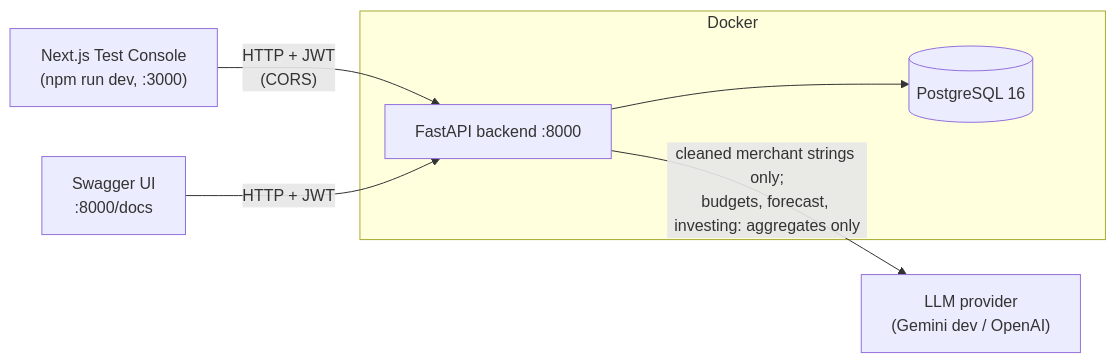
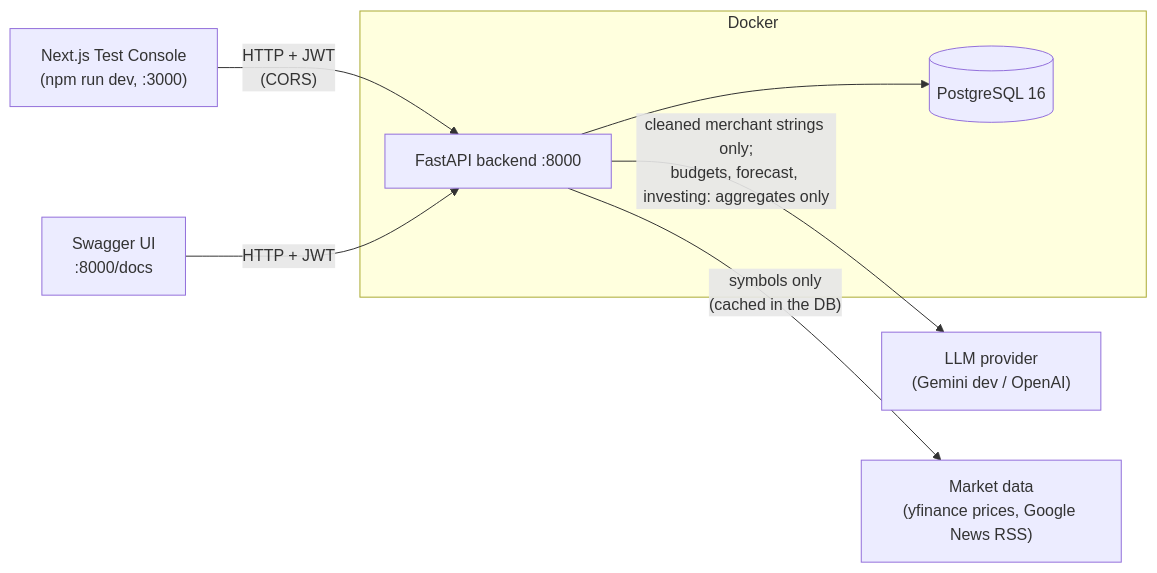
Before and after one commit to Vishesh-1204/CAPSTONE_FINANCE_ADVISOR: the first of 3 diagrams in docs/architecture.md, drawn with Mermaid. The commit also changed other lines of this file and 20 other files, not shown here.

````diff
--- a/docs/architecture.md
+++ b/docs/architecture.md
@@ -15,9 +17,10 @@
 ```mermaid
 flowchart LR
     Browser["Next.js Test Console<br/>(npm run dev, :3000)"] -- "HTTP + JWT<br/>(CORS)" --> API
     Swagger["Swagger UI<br/>:8000/docs"] -- "HTTP + JWT" --> API
     subgraph Docker
         API["FastAPI backend :8000"] --> DB[("PostgreSQL 16")]
     end
     API -- "cleaned merchant strings only;<br/>budgets, forecast, investing: aggregates only" --> LLM["LLM provider<br/>(Gemini dev / OpenAI)"]
+    API -- "symbols only<br/>(cached in the DB)" --> MD["Market data<br/>(yfinance prices, Google News RSS)"]
 ```
````
